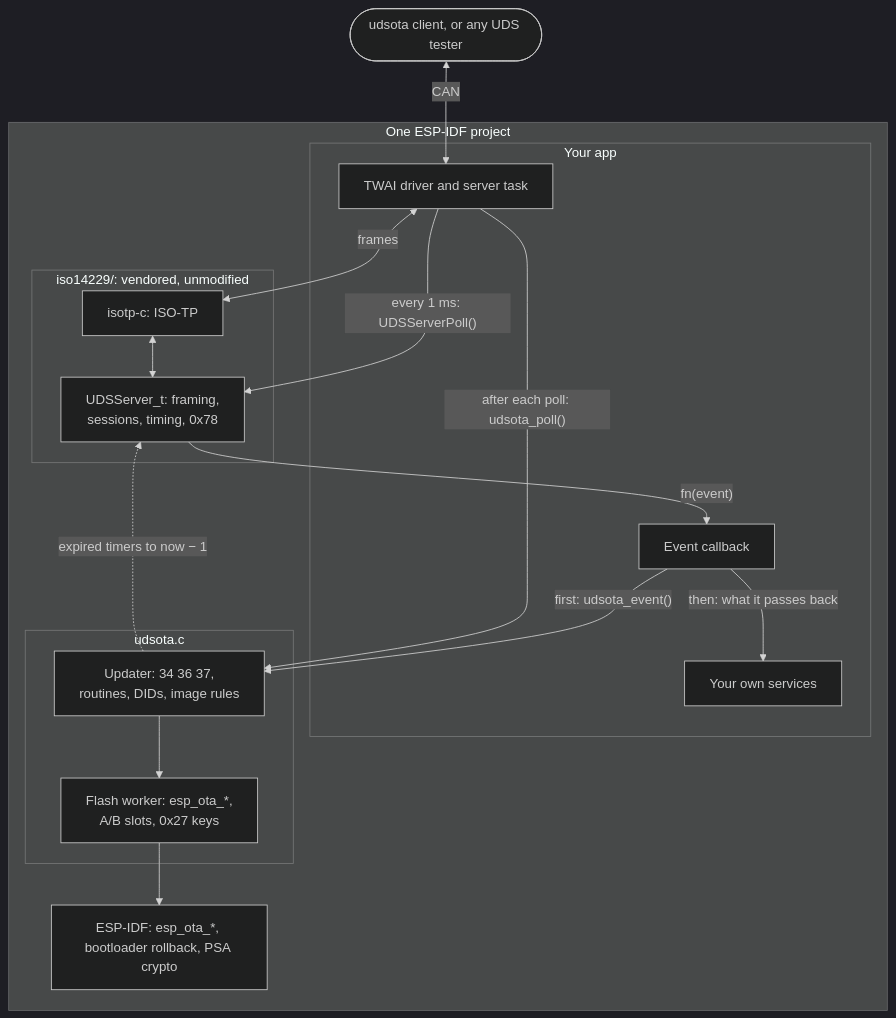
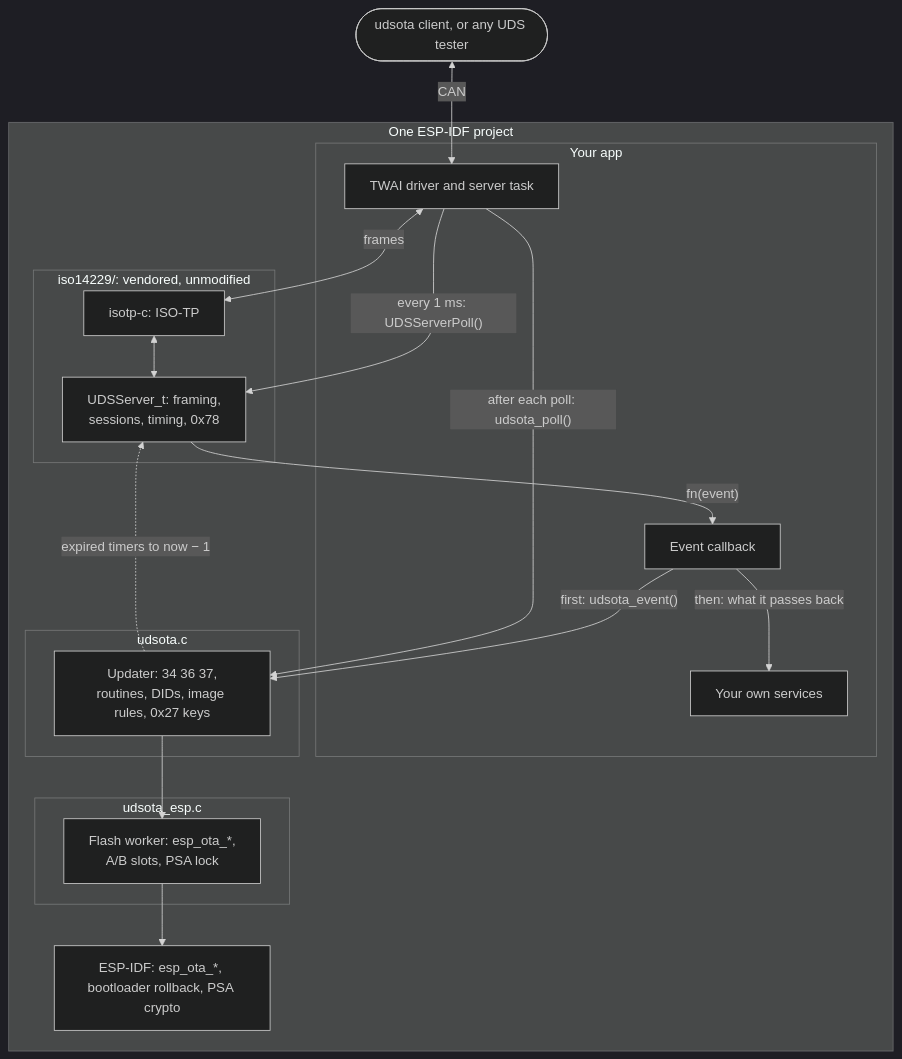
Before and after one commit to ramb0t/udsota: the diagram in docs/iso14229.md, drawn with Mermaid (dark theme). The commit also changed 1 other file, not shown here.

Commit message:
Stale one-file references: the diagram, image_check.c's comment (udsota.c's header went with the PSA lock)
Claude-Session: https://claude.ai/code/session_01QtiDFbLKmv8x8JsH2ZUKmq

````diff
--- a/docs/iso14229.md
+++ b/docs/iso14229.md
@@ -7,30 +7,32 @@
 ```mermaid
 flowchart TB
     tester(["udsota client, or any UDS tester"])
     subgraph project["One ESP-IDF project"]
         subgraph app["Your app"]
             io["TWAI driver and server task"]
             callback["Event callback"]
             own["Your own services"]
         end
         subgraph iso["iso14229/: vendored, unmodified"]
             isotp["isotp-c: ISO-TP"]
             server["UDSServer_t: framing,<br/>sessions, timing, 0x78"]
         end
         subgraph udsota["udsota.c"]
-            updater["Updater: 34 36 37,<br/>routines, DIDs, image rules"]
-            worker["Flash worker: esp_ota_*,<br/>A/B slots, 0x27 keys"]
+            updater["Updater: 34 36 37,<br/>routines, DIDs, image rules, 0x27 keys"]
+        end
+        subgraph esp["udsota_esp.c"]
+            worker["Flash worker: esp_ota_*,<br/>A/B slots, PSA lock"]
         end
         idf["ESP-IDF: esp_ota_*, bootloader rollback, PSA crypto"]
     end
     tester <-->|CAN| io
     io <-->|frames| isotp
     isotp <--> server
     io -->|"every 1 ms: UDSServerPoll()"| server
     io -->|"after each poll: udsota_poll()"| updater
     updater -.->|"expired timers to now − 1"| server
     server -->|"fn(event)"| callback
     callback -->|"first: udsota_event()"| updater
     callback -->|"then: what it passes back"| own
     updater --> worker --> idf
 ```
````
